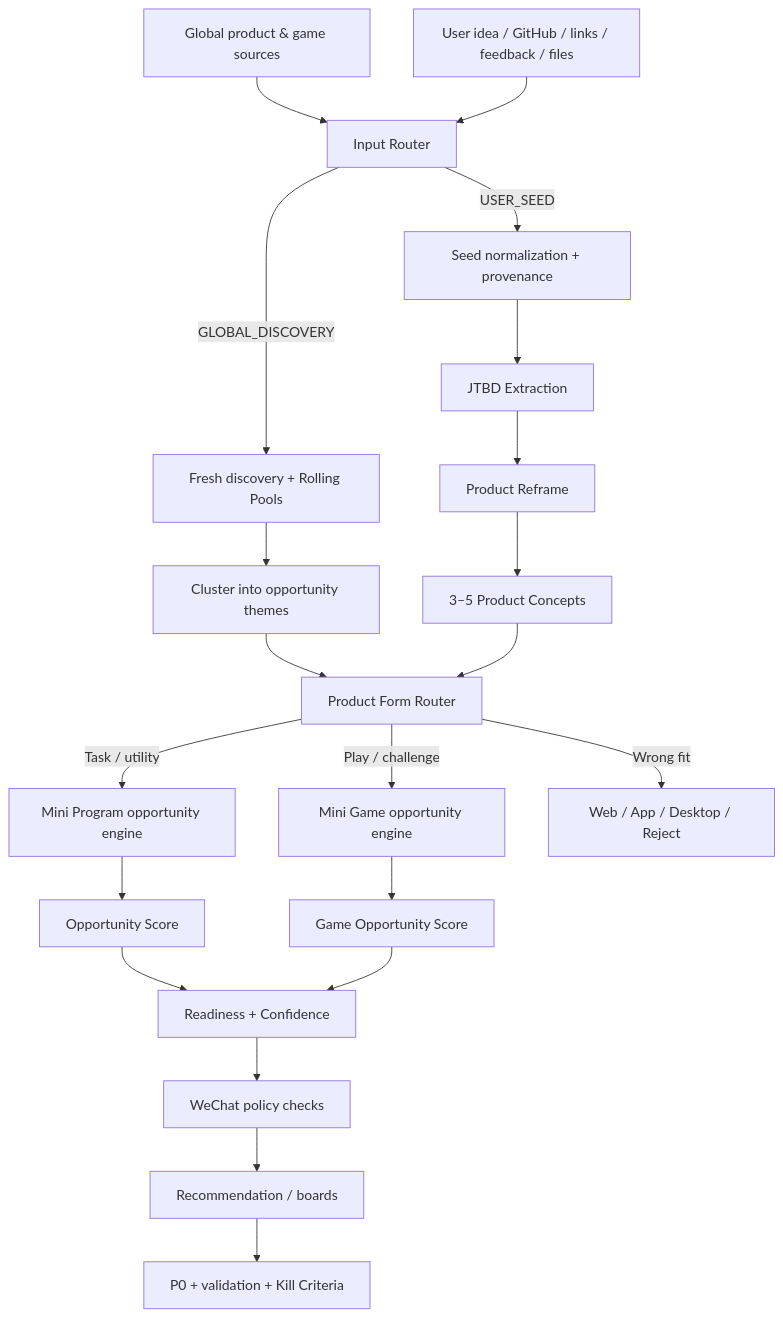
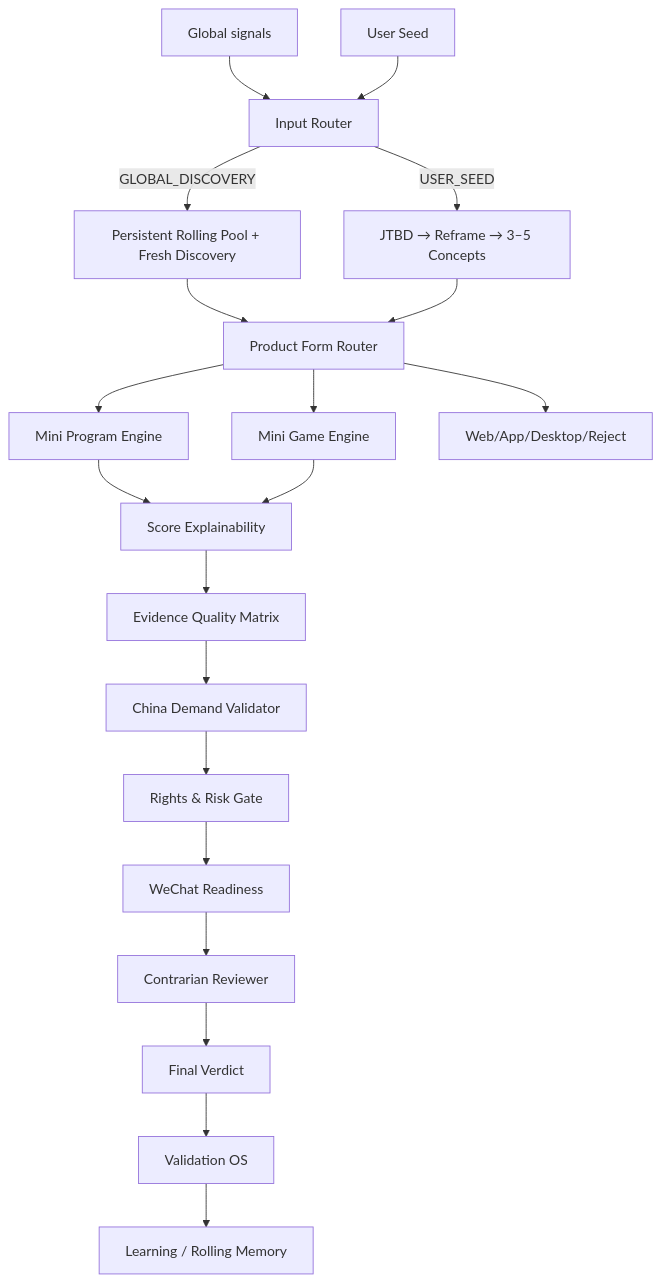
The diagram in docs/ARCHITECTURE.md (xiaokangxxs/xiaokangxxs-miniprogram-scout), drawn with Mermaid before and after one commit. The commit also changed other lines of this file and 64 other files, not shown here.

````diff
--- a/docs/ARCHITECTURE.md
+++ b/docs/ARCHITECTURE.md
@@ -9,28 +9,27 @@
 ```mermaid
 flowchart TD
-    A1[Global product & game sources] --> B[Input Router]
-    A2[User idea / GitHub / links / feedback / files] --> B
+    A1[Global signals] --> B[Input Router]
+    A2[User Seed] --> B
 
-    B -->|GLOBAL_DISCOVERY| C[Fresh discovery + Rolling Pools]
-    B -->|USER_SEED| D[Seed normalization + provenance]
+    B -->|GLOBAL_DISCOVERY| C[Persistent Rolling Pool + Fresh Discovery]
+    B -->|USER_SEED| D[JTBD → Reframe → 3–5 Concepts]
 
-    C --> E[Cluster into opportunity themes]
-    D --> F[JTBD Extraction]
-    F --> G[Product Reframe]
-    G --> H[3–5 Product Concepts]
+    C --> E[Product Form Router]
+    D --> E
 
-    E --> I[Product Form Router]
-    H --> I
+    E --> F[Mini Program Engine]
+    E --> G[Mini Game Engine]
+    E --> H[Web/App/Desktop/Reject]
 
-    I -->|Task / utility| J[Mini Program opportunity engine]
-    I -->|Play / challenge| K[Mini Game opportunity engine]
-    I -->|Wrong fit| L[Web / App / Desktop / Reject]
+    F --> I[Score Explainability]
+    G --> I
 
-    J --> M[Opportunity Score]
-    K --> N[Game Opportunity Score]
-    M --> O[Readiness + Confidence]
-    N --> O
-    O --> P[WeChat policy checks]
-    P --> Q[Recommendation / boards]
-    Q --> R[P0 + validation + Kill Criteria]
+    I --> J[Evidence Quality Matrix]
+    J --> K[China Demand Validator]
+    K --> L[Rights & Risk Gate]
+    L --> M[WeChat Readiness]
+    M --> N[Contrarian Reviewer]
+    N --> O[Final Verdict]
+    O --> P[Validation OS]
+    P --> Q[Learning / Rolling Memory]
 ```
````
